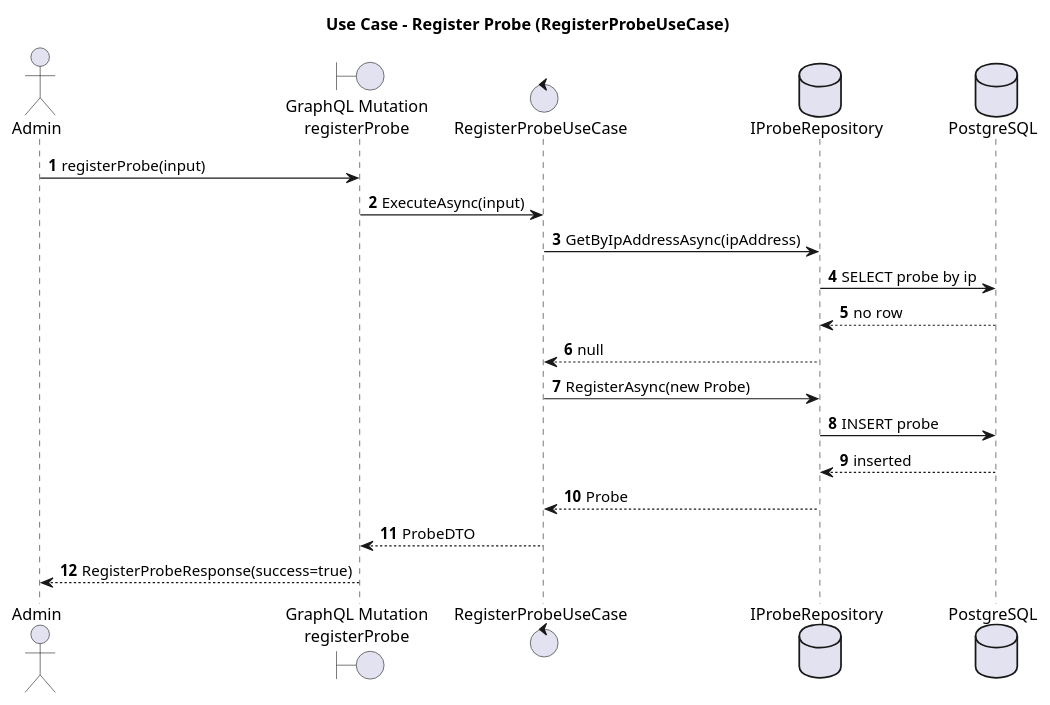
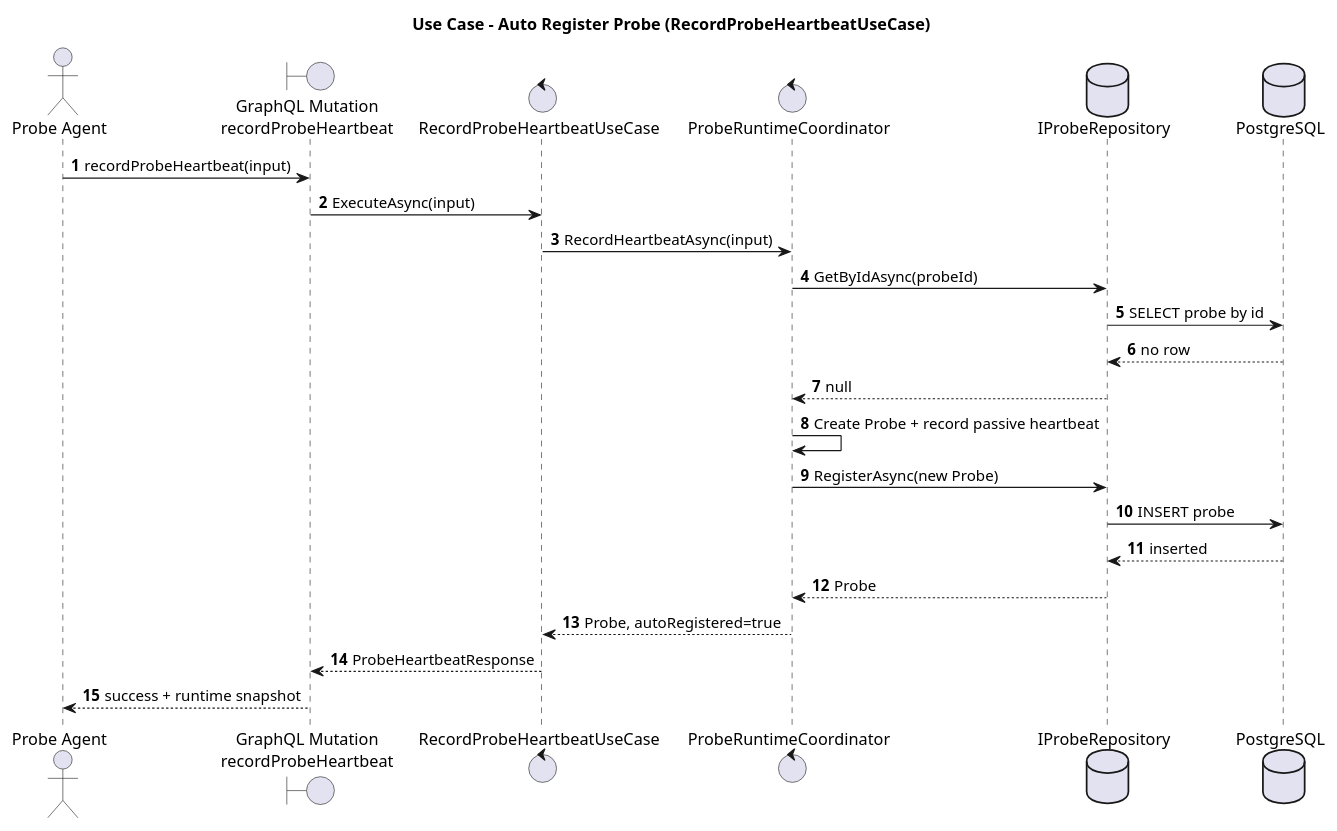
Before and after one commit to vhfba/beacon: the diagram in docs/architecture/use-case-register-probe-sequence.puml, drawn with PlantUML. The commit also changed 202 other files, not shown here.

```diff
--- a/docs/architecture/use-case-register-probe-sequence.puml
+++ b/docs/architecture/use-case-register-probe-sequence.puml
@@ -1,25 +1,29 @@
 @startuml
-title Use Case - Register Probe (RegisterProbeUseCase)
+title Use Case - Auto Register Probe (RecordProbeHeartbeatUseCase)
 
 autonumber
 
-actor Admin as admin
-boundary "GraphQL Mutation\nregisterProbe" as gql
-control "RegisterProbeUseCase" as uc
+actor "Probe Agent" as probe
+boundary "GraphQL Mutation\nrecordProbeHeartbeat" as gql
+control "RecordProbeHeartbeatUseCase" as uc
+control "ProbeRuntimeCoordinator" as runtime
 database "IProbeRepository" as probes
 database "PostgreSQL" as db
 
-admin -> gql : registerProbe(input)
+probe -> gql : recordProbeHeartbeat(input)
 gql -> uc : ExecuteAsync(input)
-uc -> probes : GetByIpAddressAsync(ipAddress)
-probes -> db : SELECT probe by ip
+uc -> runtime : RecordHeartbeatAsync(input)
+runtime -> probes : GetByIdAsync(probeId)
+probes -> db : SELECT probe by id
 db --> probes : no row
-probes --> uc : null
-uc -> probes : RegisterAsync(new Probe)
+probes --> runtime : null
+runtime -> runtime : Create Probe + record passive heartbeat
+runtime -> probes : RegisterAsync(new Probe)
 probes -> db : INSERT probe
 db --> probes : inserted
-probes --> uc : Probe
-uc --> gql : ProbeDTO
-gql --> admin : RegisterProbeResponse(success=true)
+probes --> runtime : Probe
+runtime --> uc : Probe, autoRegistered=true
+uc --> gql : ProbeHeartbeatResponse
+gql --> probe : success + runtime snapshot
 
 @enduml
```
